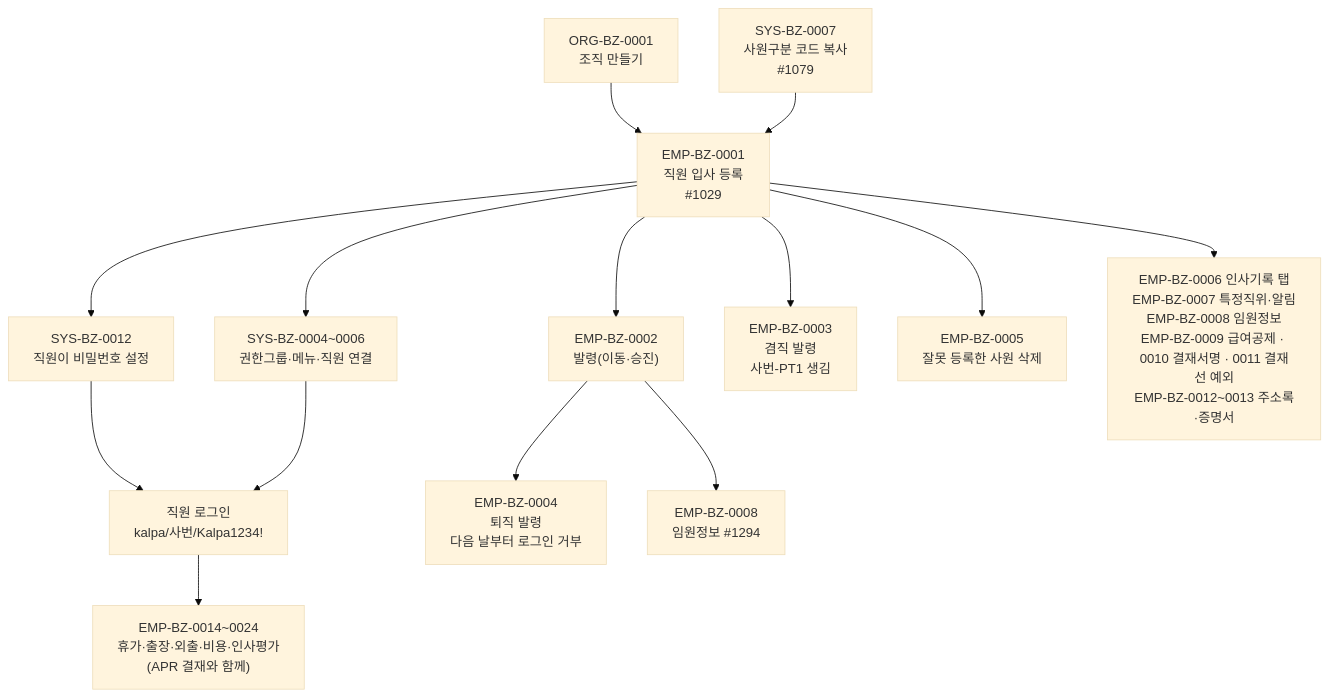
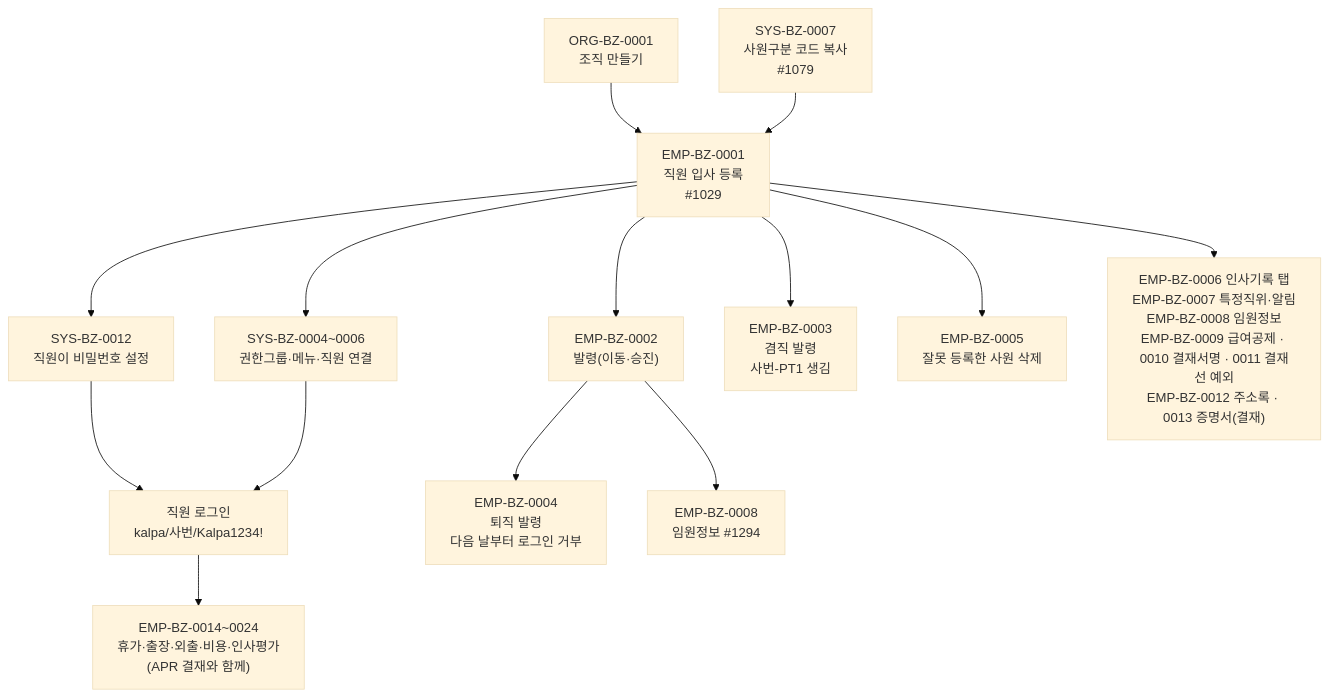
Before and after one commit to KimDoYoung/framework-sprt: the diagram in AssetERP/docs/2-업무분석/biz-event/EMP/EMP-업무흐름.md, drawn with Mermaid (base theme). The commit also changed other lines of this file and 8 other files, not shown here.

First line of the commit message:
업무분석: kalpa EMP 메뉴 29개 열기, EMP-BZ-0012 주소록·0013 증명서 발급 실행·상세

````diff
--- a/AssetERP/docs/2-업무분석/biz-event/EMP/EMP-업무흐름.md
+++ b/AssetERP/docs/2-업무분석/biz-event/EMP/EMP-업무흐름.md
@@ -9,25 +9,25 @@
 ```mermaid
 flowchart TD
     ORG["ORG-BZ-0001<br/>조직 만들기"]
     C["SYS-BZ-0007<br/>사원구분 코드 복사<br/>#1079"]
     E1["EMP-BZ-0001<br/>직원 입사 등록<br/>#1029"]
     P["SYS-BZ-0012<br/>직원이 비밀번호 설정"]
     R["SYS-BZ-0004~0006<br/>권한그룹·메뉴·직원 연결"]
     L["직원 로그인<br/>kalpa/사번/Kalpa1234!"]
     E2["EMP-BZ-0002<br/>발령(이동·승진)"]
     E3["EMP-BZ-0003<br/>겸직 발령<br/>사번-PT1 생김"]
     E4["EMP-BZ-0004<br/>퇴직 발령<br/>다음 날부터 로그인 거부"]
     E5["EMP-BZ-0005<br/>잘못 등록한 사원 삭제"]
-    E6["EMP-BZ-0006 인사기록 탭<br/>EMP-BZ-0007 특정직위·알림<br/>EMP-BZ-0008 임원정보<br/>EMP-BZ-0009 급여공제 · 0010 결재서명 · 0011 결재선 예외<br/>EMP-BZ-0012~0013 주소록·증명서"]
+    E6["EMP-BZ-0006 인사기록 탭<br/>EMP-BZ-0007 특정직위·알림<br/>EMP-BZ-0008 임원정보<br/>EMP-BZ-0009 급여공제 · 0010 결재서명 · 0011 결재선 예외<br/>EMP-BZ-0012 주소록 · 0013 증명서(결재)"]
     W["EMP-BZ-0014~0024<br/>휴가·출장·외출·비용·인사평가<br/>(APR 결재와 함께)"]
     ORG --> E1
     C --> E1
     E1 --> P --> L
     E1 --> R --> L
     E1 --> E2 --> E4
     E1 --> E3
     E1 --> E5
     E1 --> E6
     E2 --> E8["EMP-BZ-0008<br/>임원정보 #1294"]
     L --> W
 ```
````
